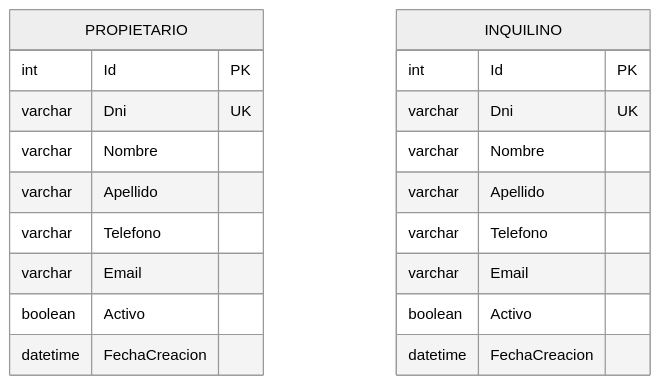
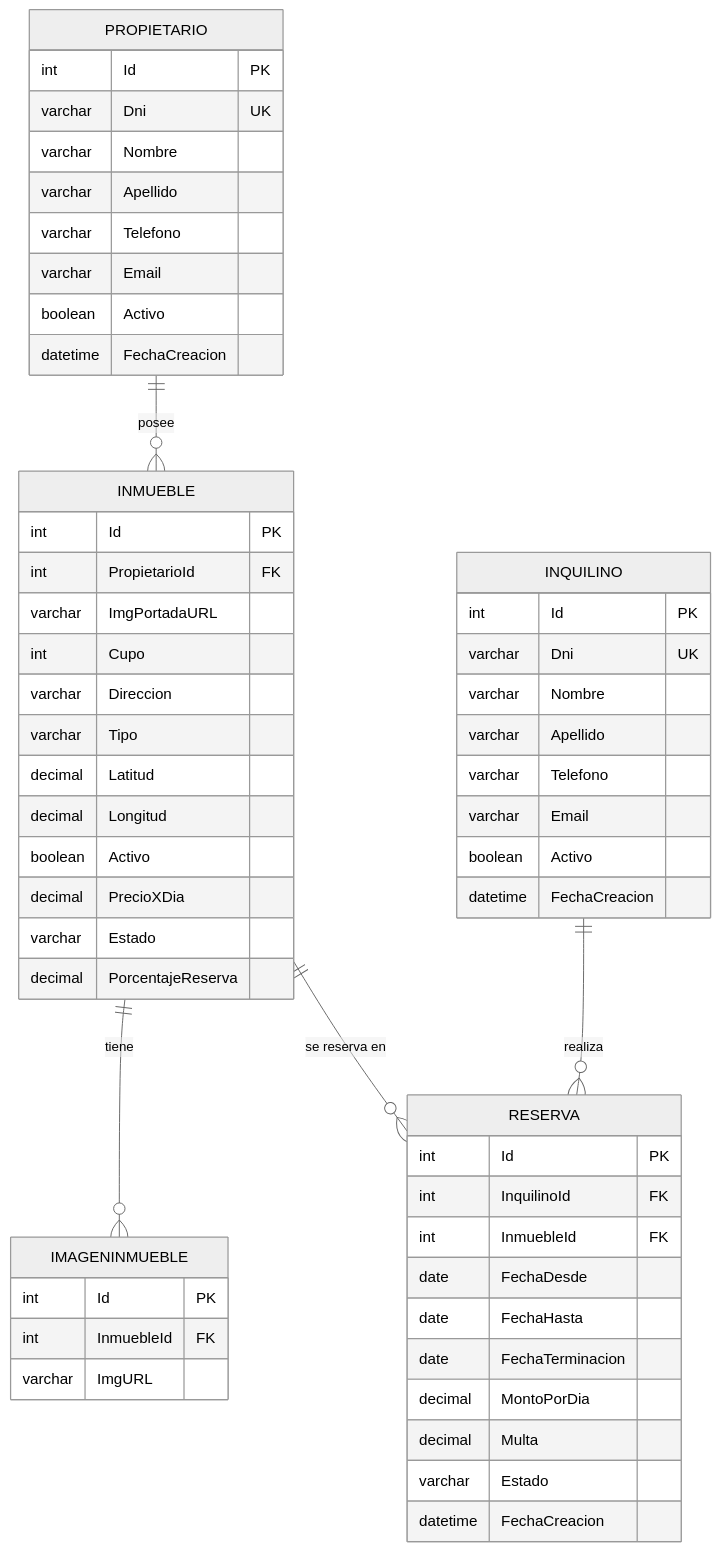
One commit to FerrandoCarlos/inmobiliaria-Urbani-Ferrando changed the diagram in README.md. Above: the diagram before and after it, drawn with Mermaid (neutral theme). The commit also changed other lines of this file, not shown here.

Commit message:
docs: actualiza readme para segunda entrega

````diff
--- a/README.md
+++ b/README.md
@@ -34,24 +34,63 @@
 ```mermaid
 erDiagram
     PROPIETARIO {
         int Id PK
         varchar Dni UK
         varchar Nombre
         varchar Apellido
         varchar Telefono
         varchar Email
         boolean Activo
         datetime FechaCreacion
     }
 
     INQUILINO {
         int Id PK
         varchar Dni UK
         varchar Nombre
         varchar Apellido
         varchar Telefono
         varchar Email
         boolean Activo
         datetime FechaCreacion
     }
+
+    INMUEBLE {
+        int Id PK
+        int PropietarioId FK
+        varchar ImgPortadaURL
+        int Cupo
+        varchar Direccion
+        varchar Tipo
+        decimal Latitud
+        decimal Longitud
+        boolean Activo
+        decimal PrecioXDia
+        varchar Estado
+        decimal PorcentajeReserva
+    }
+
+    IMAGENINMUEBLE {
+        int Id PK
+        int InmuebleId FK
+        varchar ImgURL
+    }
+
+    RESERVA {
+        int Id PK
+        int InquilinoId FK
+        int InmuebleId FK
+        date FechaDesde
+        date FechaHasta
+        date FechaTerminacion
+        decimal MontoPorDia
+        decimal Multa
+        varchar Estado
+        datetime FechaCreacion
+    }
+
+    PROPIETARIO ||--o{ INMUEBLE : "posee"
+    INMUEBLE ||--o{ IMAGENINMUEBLE : "tiene"
+    INMUEBLE ||--o{ RESERVA : "se reserva en"
+    INQUILINO ||--o{ RESERVA : "realiza"
 ```
````
